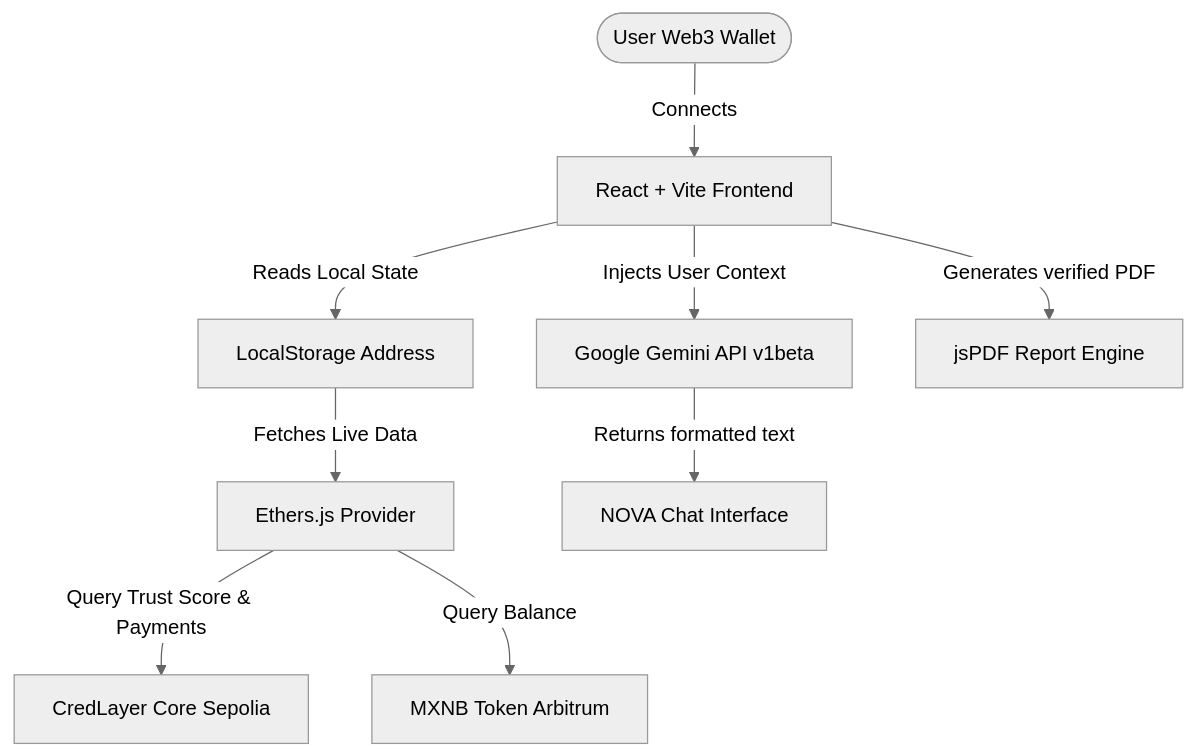
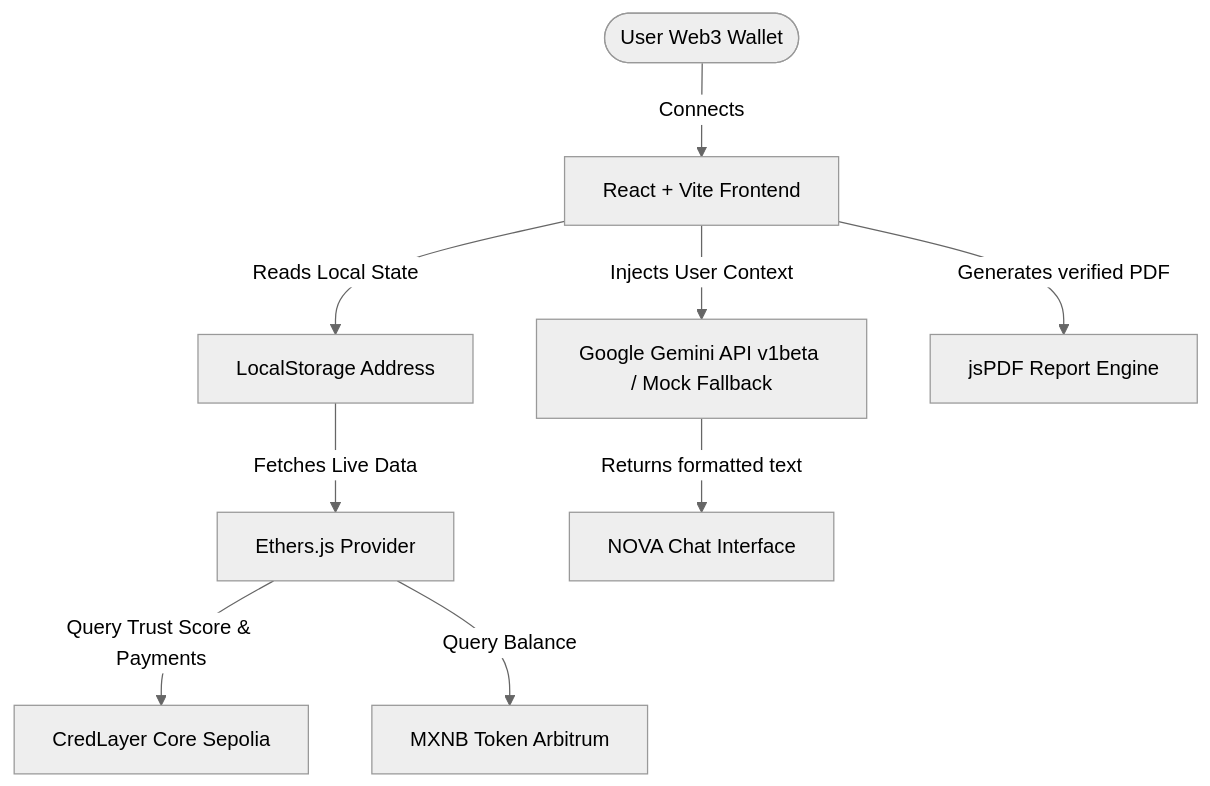
The diagram in README.md (ErickAntoni0/CredLayerAI), drawn with Mermaid (neutral theme) before and after one commit. The commit also changed other lines of this file and 15 other files, not shown here.

````diff
--- a/README.md
+++ b/README.md
@@ -96,11 +78,11 @@
 ```mermaid
 graph TD
     User([User Web3 Wallet]) -->|Connects| Frontend[React + Vite Frontend]
     Frontend -->|Reads Local State| WalletStore[LocalStorage Address]
     WalletStore -->|Fetches Live Data| Ethers[Ethers.js Provider]
     Ethers -->|Query Trust Score & Payments| SepoliaContract[CredLayer Core Sepolia]
     Ethers -->|Query Balance| MXNBToken[MXNB Token Arbitrum]
-    Frontend -->|Injects User Context| GeminiAPI[Google Gemini API v1beta]
+    Frontend -->|Injects User Context| GeminiAPI[Google Gemini API v1beta / Mock Fallback]
     GeminiAPI -->|Returns formatted text| NovaUI[NOVA Chat Interface]
     Frontend -->|Generates verified PDF| jsPDF[jsPDF Report Engine]
 ```
````
